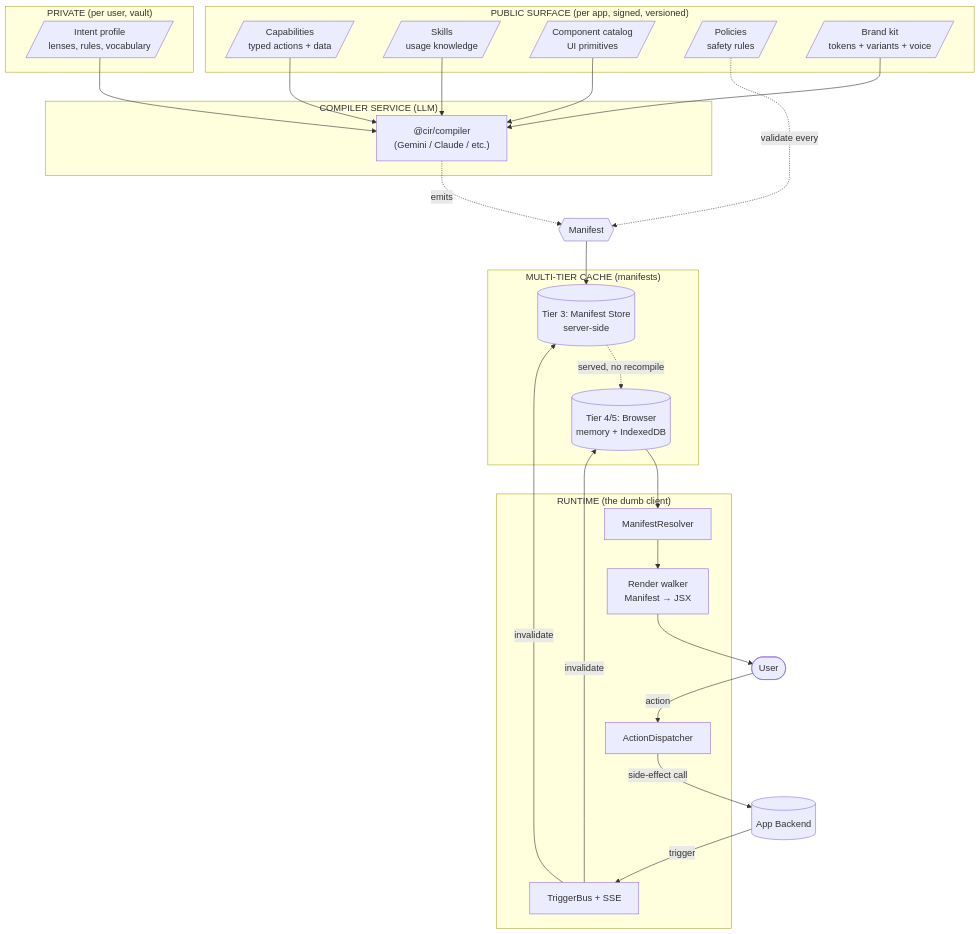
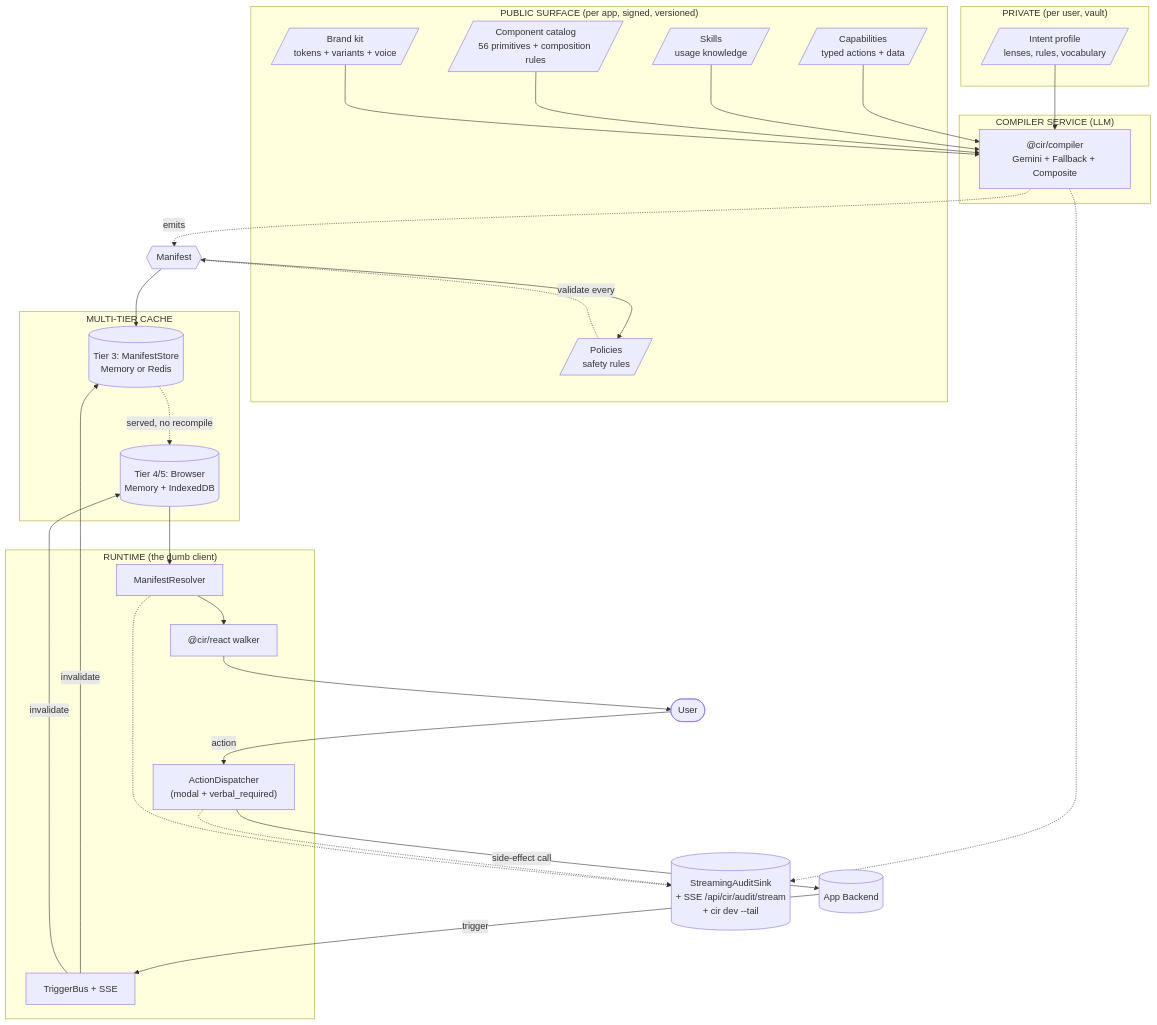
Before and after one commit to fragmatic-io/atelier: the first of 3 diagrams in README.md, drawn with Mermaid. The commit also changed other lines of this file and 16 other files, not shown here.

````diff
--- a/README.md
+++ b/README.md
@@ -40,50 +52,55 @@
 ```mermaid
 graph TB
   subgraph Public["PUBLIC SURFACE (per app, signed, versioned)"]
     Caps[/"Capabilities<br/>typed actions + data"/]
     Skills[/"Skills<br/>usage knowledge"/]
-    Components[/"Component catalog<br/>UI primitives"/]
+    Components[/"Component catalog<br/>56 primitives + composition rules"/]
     Policies[/"Policies<br/>safety rules"/]
     Brand[/"Brand kit<br/>tokens + variants + voice"/]
   end
 
   subgraph Private["PRIVATE (per user, vault)"]
     Intent[/"Intent profile<br/>lenses, rules, vocabulary"/]
   end
 
   subgraph Compile["COMPILER SERVICE (LLM)"]
-    Compiler["@cir/compiler<br/>(Gemini / Claude / etc.)"]
+    Compiler["@cir/compiler<br/>Gemini + Fallback + Composite"]
   end
 
-  subgraph Cache["MULTI-TIER CACHE (manifests)"]
-    T3[("Tier 3: Manifest Store<br/>server-side")]
-    T4[("Tier 4/5: Browser<br/>memory + IndexedDB")]
+  subgraph Cache["MULTI-TIER CACHE"]
+    T3[("Tier 3: ManifestStore<br/>Memory or Redis")]
+    T4[("Tier 4/5: Browser<br/>Memory + IndexedDB")]
   end
 
   subgraph Runtime["RUNTIME (the dumb client)"]
     Resolver["ManifestResolver"]
-    Dispatcher["ActionDispatcher"]
+    Dispatcher["ActionDispatcher<br/>(modal + verbal_required)"]
     Bus["TriggerBus + SSE"]
-    Renderer["Render walker<br/>Manifest → JSX"]
+    Renderer["@cir/react walker"]
   end
 
   Caps --> Compiler
   Skills --> Compiler
   Components --> Compiler
   Brand --> Compiler
   Intent --> Compiler
 
   Compiler -.->|emits| Manifest{{Manifest}}
+  Manifest --> Policies
+  Policies -.->|validate every| Manifest
   Manifest --> T3
   T3 -.->|served, no recompile| T4
   T4 --> Resolver
   Resolver --> Renderer
   Renderer --> User([User])
   User -->|action| Dispatcher
   Dispatcher -->|side-effect call| Backend[(App Backend)]
   Backend -->|trigger| Bus
   Bus -->|invalidate| T3
   Bus -->|invalidate| T4
 
-  Policies -.->|validate every| Manifest
+  Audit[("StreamingAuditSink<br/>+ SSE /api/cir/audit/stream<br/>+ cir dev --tail")]
+  Compiler -.-> Audit
+  Dispatcher -.-> Audit
+  Resolver -.-> Audit
 ```
````
